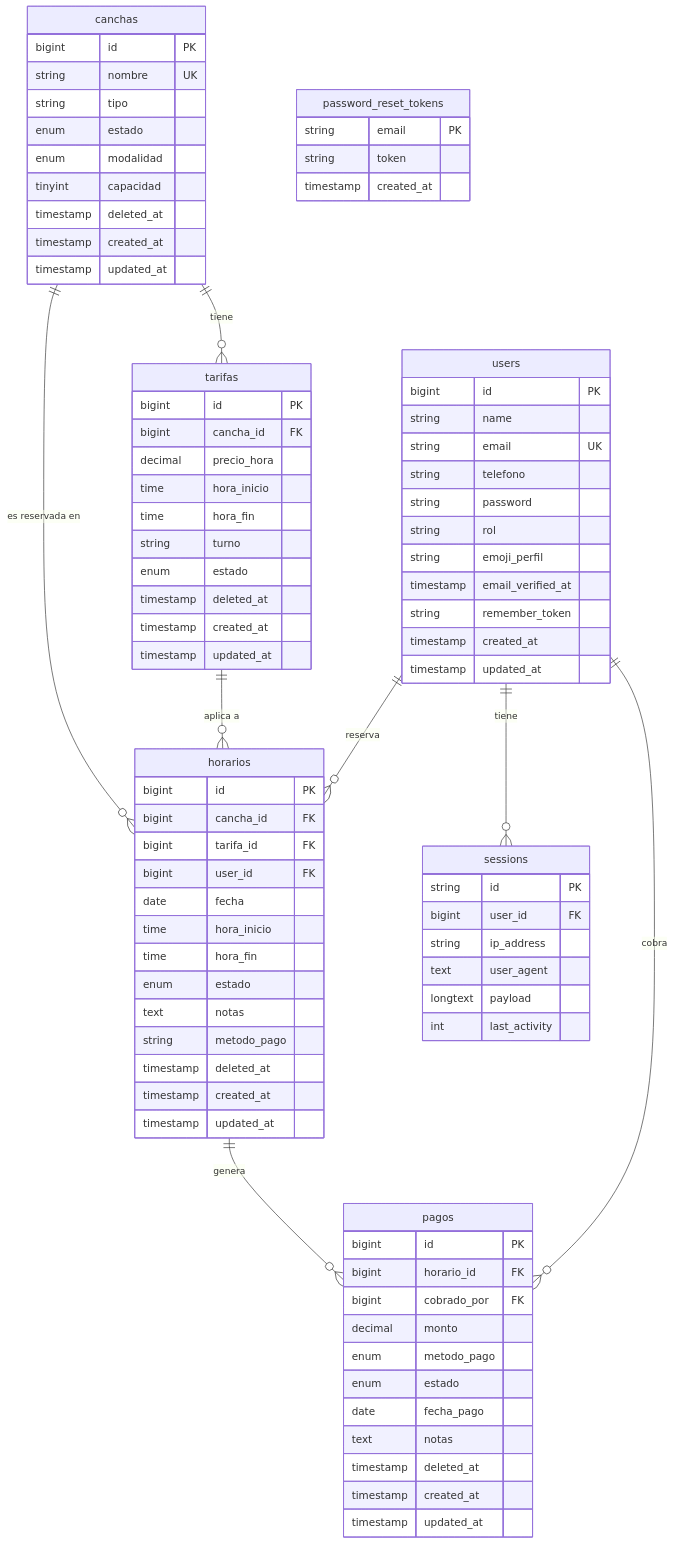
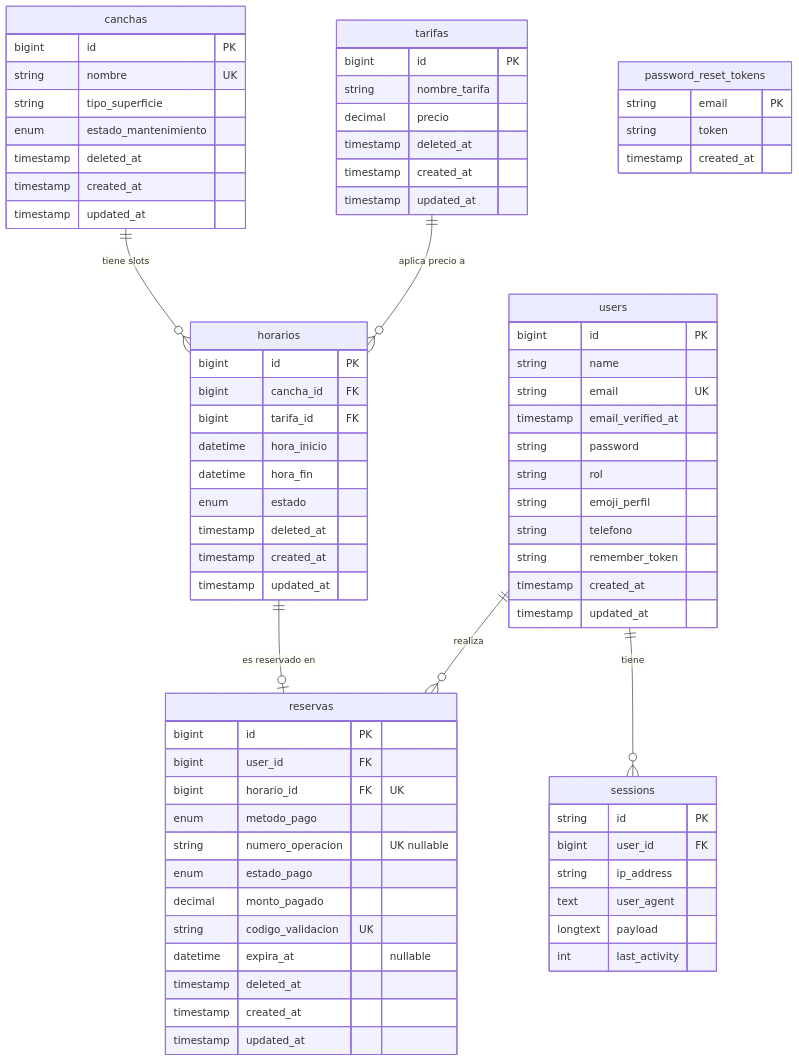
The diagram in DIAGRAMA-ER.md (AbejandrOoo/Top-tennis.2), drawn with Mermaid before and after one commit. The commit also changed other lines of this file and 9 other files, not shown here.

````diff
--- a/DIAGRAMA-ER.md
+++ b/DIAGRAMA-ER.md
@@ -5,94 +5,83 @@
 ```mermaid
 erDiagram
     users {
-        bigint id PK
-        string name
-        string email UK
-        string telefono
-        string password
-        string rol
-        string emoji_perfil
-        timestamp email_verified_at
-        string remember_token
-        timestamp created_at
-        timestamp updated_at
+        bigint      id               PK
+        string      name
+        string      email            UK
+        timestamp   email_verified_at
+        string      password
+        string      rol
+        string      emoji_perfil
+        string      telefono
+        string      remember_token
+        timestamp   created_at
+        timestamp   updated_at
     }
 
     canchas {
-        bigint id PK
-        string nombre UK
-        string tipo
-        enum estado
-        enum modalidad
-        tinyint capacidad
-        timestamp deleted_at
-        timestamp created_at
-        timestamp updated_at
+        bigint      id                    PK
+        string      nombre                UK
+        string      tipo_superficie
+        enum        estado_mantenimiento
+        timestamp   deleted_at
+        timestamp   created_at
+        timestamp   updated_at
     }
 
     tarifas {
-        bigint id PK
-        bigint cancha_id FK
-        decimal precio_hora
-        time hora_inicio
-        time hora_fin
-        string turno
-        enum estado
-        timestamp deleted_at
-        timestamp created_at
-        timestamp updated_at
+        bigint      id             PK
+        string      nombre_tarifa
+        decimal     precio
+        timestamp   deleted_at
+        timestamp   created_at
+        timestamp   updated_at
     }
 
     horarios {
-        bigint id PK
-        bigint cancha_id FK
-        bigint tarifa_id FK
-        bigint user_id FK
-        date fecha
-        time hora_inicio
-        time hora_fin
-        enum estado
-        text notas
-        string metodo_pago
-        timestamp deleted_at
-        timestamp created_at
-        timestamp updated_at
+        bigint      id           PK
+        bigint      cancha_id    FK
+        bigint      tarifa_id    FK
+        datetime    hora_inicio
+        datetime    hora_fin
+        enum        estado
+        timestamp   deleted_at
+        timestamp   created_at
+        timestamp   updated_at
     }
 
-    pagos {
-        bigint id PK
-        bigint horario_id FK
-        bigint cobrado_por FK
-        decimal monto
-        enum metodo_pago
-        enum estado
-        date fecha_pago
-        text notas
-        timestamp deleted_at
-        timestamp created_at
-        timestamp updated_at
+    reservas {
+        bigint      id                  PK
+        bigint      user_id             FK
+        bigint      horario_id          FK "UK"
+        enum        metodo_pago
+        string      numero_operacion    "UK nullable"
+        enum        estado_pago
+        decimal     monto_pagado
+        string      codigo_validacion   UK
+        datetime    expira_at           "nullable"
+        timestamp   deleted_at
+        timestamp   created_at
+        timestamp   updated_at
     }
 
     sessions {
-        string id PK
-        bigint user_id FK
-        string ip_address
-        text user_agent
-        longtext payload
-        int last_activity
+        string      id            PK
+        bigint      user_id       FK
+        string      ip_address
+        text        user_agent
+        longtext    payload
+        int         last_activity
     }
 
     password_reset_tokens {
-        string email PK
-        string token
-        timestamp created_at
+        string      email      PK
+        string      token
+        timestamp   created_at
     }
 
-    canchas  ||--o{ tarifas   : "tiene"
-    canchas  ||--o{ horarios  : "es reservada en"
-    tarifas  ||--o{ horarios  : "aplica a"
-    users    ||--o{ horarios  : "reserva"
-    horarios ||--o{ pagos     : "genera"
-    users    ||--o{ pagos     : "cobra"
+    canchas  ||--o{ horarios  : "tiene slots"
+    tarifas  ||--o{ horarios  : "aplica precio a"
+    horarios ||--o| reservas  : "es reservado en"
+    users    ||--o{ reservas  : "realiza"
     users    ||--o{ sessions  : "tiene"
 ```
````
